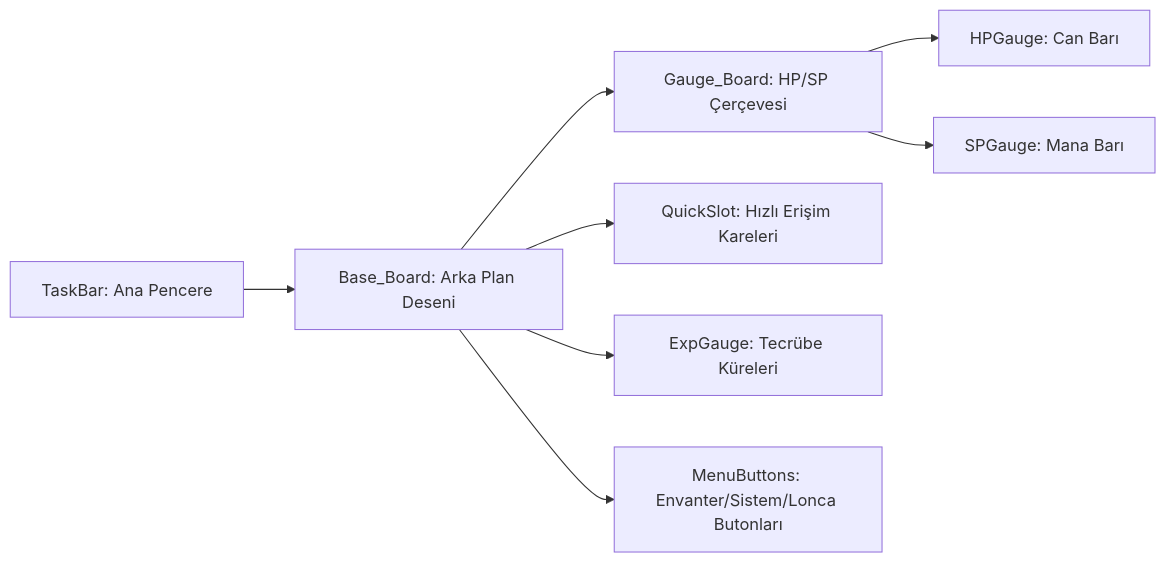
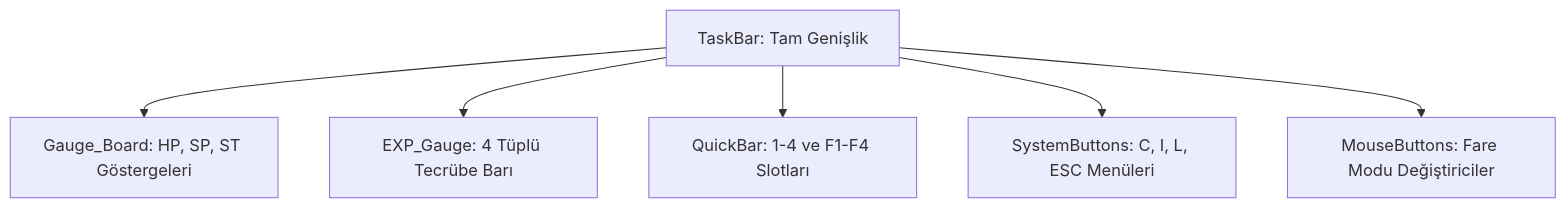
Before and after one commit to Engin622/Metin2-Pack-Agent-Skills: the diagram in uiscript/taskbar/skills.md, drawn with Mermaid. The commit also changed other lines of this file and 10 other files, not shown here.

````diff
--- a/uiscript/taskbar/skills.md
+++ b/uiscript/taskbar/skills.md
@@ -44,10 +34,8 @@
 ```mermaid
-graph LR
-    A[TaskBar: Ana Pencere] --> B[Base_Board: Arka Plan Deseni]
-    B --> C[Gauge_Board: HP/SP Çerçevesi]
-    C --> C1[HPGauge: Can Barı]
-    C --> C2[SPGauge: Mana Barı]
-    B --> D[QuickSlot: Hızlı Erişim Kareleri]
-    B --> E[ExpGauge: Tecrübe Küreleri]
-    B --> F[MenuButtons: Envanter/Sistem/Lonca Butonları]
+graph TD
+    A[TaskBar: Tam Genişlik] --> B[Gauge_Board: HP, SP, ST Göstergeleri]
+    A --> C[EXP_Gauge: 4 Tüplü Tecrübe Barı]
+    A --> D[QuickBar: 1-4 ve F1-F4 Slotları]
+    A --> E[SystemButtons: C, I, L, ESC Menüleri]
+    A --> F[MouseButtons: Fare Modu Değiştiriciler]
 ```
````
